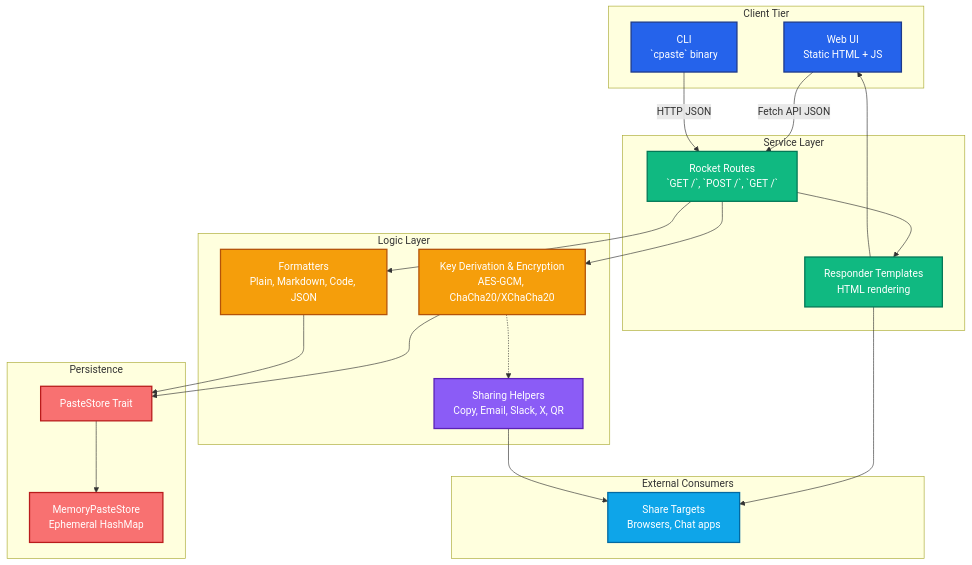
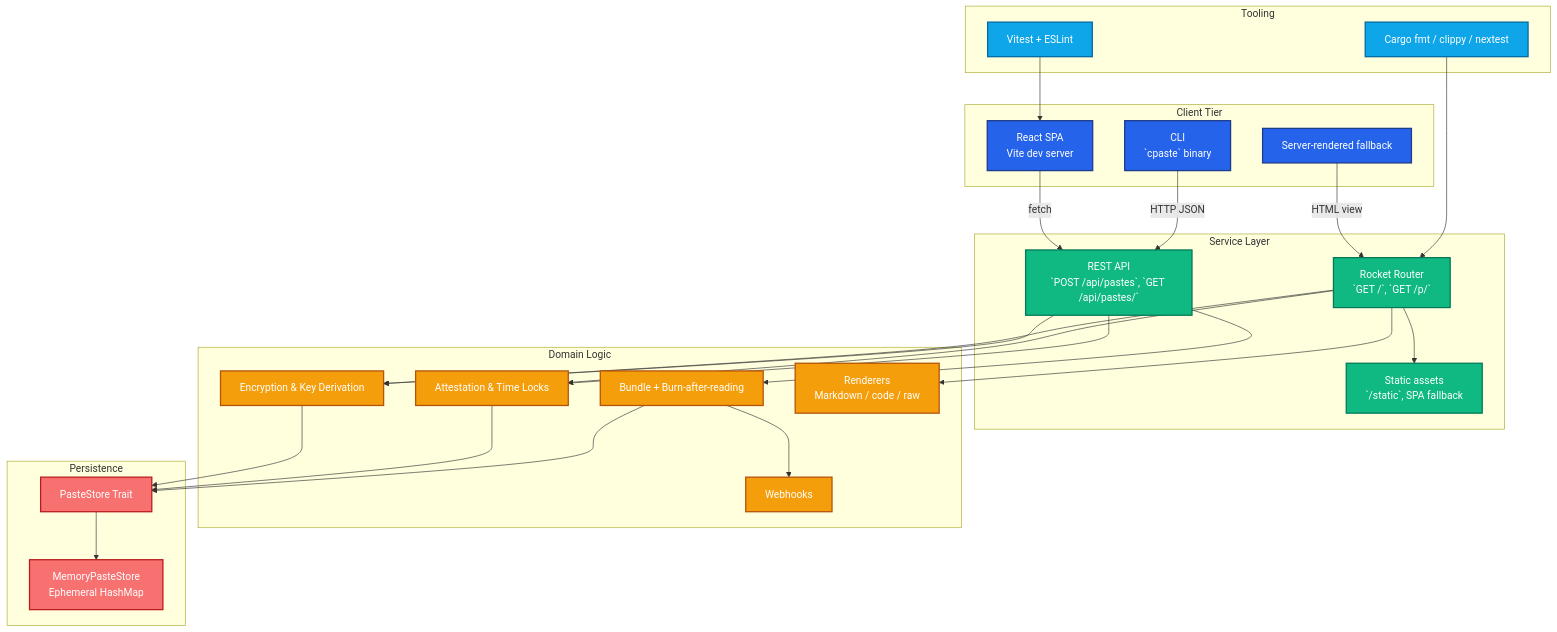
Before and after one commit to qxlsz/copypaste.fyi: the diagram in README.md, drawn with Mermaid. The commit also changed other lines of this file and 6 other files, not shown here.

````diff
--- a/README.md
+++ b/README.md
@@ -26,57 +26,65 @@
 ```mermaid
 graph TD
     classDef client fill:#2563eb,stroke:#1e3a8a,color:#fff;
     classDef service fill:#10b981,stroke:#047857,color:#fff;
     classDef logic fill:#f59e0b,stroke:#b45309,color:#fff;
     classDef storage fill:#f87171,stroke:#b91c1c,color:#fff;
     classDef util fill:#8b5cf6,stroke:#5b21b6,color:#fff;
-    classDef share fill:#0ea5e9,stroke:#0369a1,color:#fff;
+    classDef tooling fill:#0ea5e9,stroke:#0369a1,color:#fff;
     classDef link stroke-width:2px;
 
     subgraph Client Tier
-        A[Web UI\nStatic HTML + JS]
+        A[React SPA\nVite dev server]
         B[CLI\n`cpaste` binary]
+        C[Server-rendered fallback]
     end
 
     subgraph Service Layer
-        C[Rocket Routes\n`GET /`, `POST /`, `GET /<id>`]
-        F[Responder Templates\nHTML rendering]
+        D[Rocket Router\n`GET /`, `GET /p/<id>`]
+        E[REST API\n`POST /api/pastes`, `GET /api/pastes/<id>`]
+        F[Static assets\n`/static`, SPA fallback]
     end
 
-    subgraph Logic Layer
-        G[Key Derivation & Encryption\nAES-GCM, ChaCha20/XChaCha20]
-        H[Formatters\nPlain, Markdown, Code, JSON]
-        I[Sharing Helpers\nCopy, Email, Slack, X, QR]
+    subgraph Domain Logic
+        G[Encryption & Key Derivation]
+        H[Attestation & Time Locks]
+        I[Bundle + Burn-after-reading]
+        J[Renderers\nMarkdown / code / raw]
+        K[Webhooks]
     end
 
     subgraph Persistence
-        J[PasteStore Trait]
-        K[MemoryPasteStore\nEphemeral HashMap]
+        L[PasteStore Trait]
+        M[MemoryPasteStore\nEphemeral HashMap]
     end
 
-    subgraph External Consumers
-        L[Share Targets\nBrowsers, Chat apps]
+    subgraph Tooling
+        N[Vitest + ESLint]
+        O[Cargo fmt / clippy / nextest]
     end
 
-    A -->|Fetch API JSON| C
-    B -->|HTTP JSON| C
-    C --> F
-    C --> G
-    C --> H
-    G --> J
-    H --> J
-    J --> K
-    F --> A
-    F --> L
+    A -->|fetch| E
+    B -->|HTTP JSON| E
+    C -->|HTML view| D
+    D --> F
+    D --> G
+    D --> H
+    E --> G
+    E --> H
+    G --> L
+    H --> L
     I --> L
-    G -.-> I
+    L --> M
+    D --> J
+    E --> I
+    I --> K
+    N --> A
+    O --> D
 
-    class A,B client;
-    class C,F service;
-    class G,H logic;
-    class I util;
-    class J storage;
-    class K storage;
-    class L share;
-    class A,B,C,F,G,H,I,J,K,L link;
+    class A,B,C client;
+    class D,E,F service;
+    class G,H,I,J,K logic;
+    class L,M storage;
+    class N,O tooling;
+    class A,B,C,D,E,F,G,H,I,J,K,L,M,N,O link;
 ```
````
